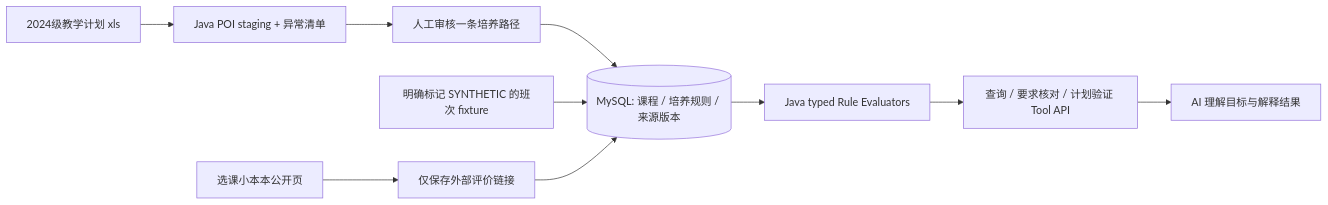
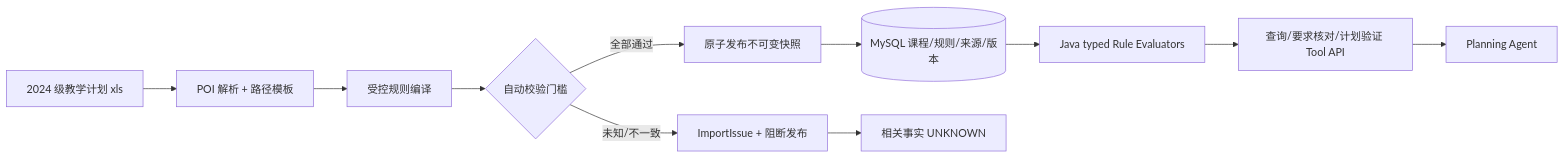
One commit to HelicasECoode42/CoursePilot-Evo changed the diagram in docs/10-java-import-and-rules.md. Above: the diagram before and after it, drawn with Mermaid. The commit also changed other lines of this file and 14 other files, not shown here.

````diff
--- a/docs/10-java-import-and-rules.md
+++ b/docs/10-java-import-and-rules.md
@@ -15,12 +13,13 @@
 ```mermaid
 flowchart LR
-  XLS[2024级教学计划 xls] --> STAGE[Java POI staging + 异常清单]
-  STAGE --> REVIEW[人工审核一条培养路径]
-  REVIEW --> SQL[(MySQL: 课程 / 培养规则 / 来源版本)]
-  DEMO[明确标记 SYNTHETIC 的班次 fixture] --> SQL
-  WEB[选课小本本公开页] --> LINK[仅保存外部评价链接]
-  LINK --> SQL
-  SQL --> RULE[Java typed Rule Evaluators]
-  RULE --> TOOL[查询 / 要求核对 / 计划验证 Tool API]
-  TOOL --> AGENT[AI 理解目标与解释结果]
+  XLS[2024 级教学计划 xls] --> P[POI 解析 + 路径模板]
+  P --> C[受控规则编译]
+  C --> V{自动校验门槛}
+  V -->|全部通过| S[原子发布不可变快照]
+  V -->|未知/不一致| I[ImportIssue + 阻断发布]
+  S --> DB[(MySQL 课程/规则/来源/版本)]
+  I --> U[相关事实 UNKNOWN]
+  DB --> E[Java typed Rule Evaluators]
+  E --> API[查询/要求核对/计划验证 Tool API]
+  API --> A[Planning Agent]
 ```
````
